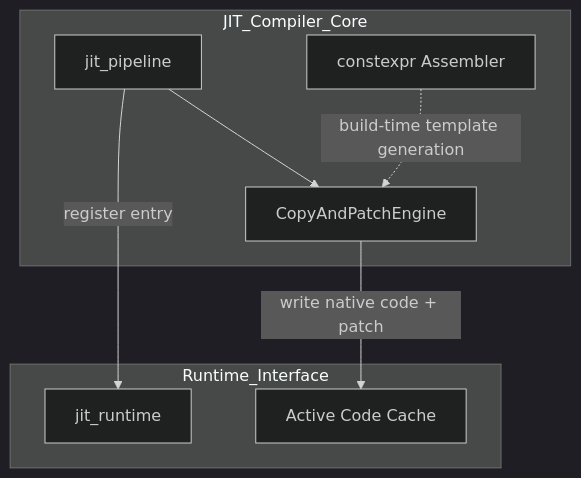
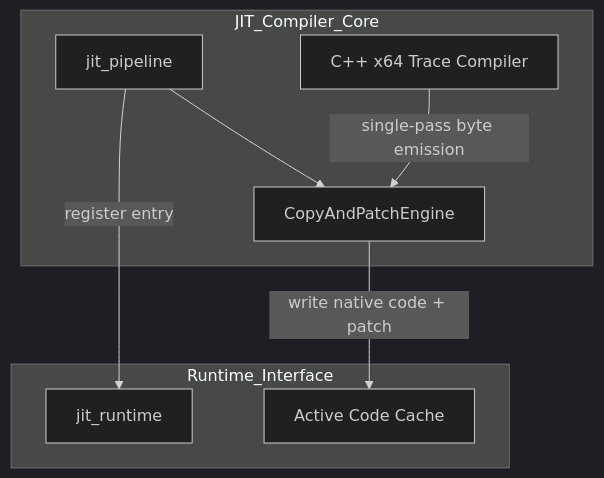
The first of 5 diagrams in docs/components/tier3_executer/jit_compiler.md (kmt-t/fireball), drawn with Mermaid (dark theme) before and after one commit. The commit also changed other lines of this file and 3 other files, not shown here.

Commit message:
Implement native x64 Copy-and-Patch JIT compiler

````diff
--- a/docs/components/tier3_executer/jit_compiler.md
+++ b/docs/components/tier3_executer/jit_compiler.md
@@ -34,18 +35,18 @@
 ```mermaid
 flowchart TD
     subgraph JIT_Compiler_Core
         Pipeline[jit_pipeline]
         Engine[CopyAndPatchEngine]
-        ConstAsm[constexpr Assembler]
+        NativeCompiler[C++ x64 Trace Compiler]
     end
 
     subgraph Runtime_Interface
         Runtime[jit_runtime]
         Cache[Active Code Cache]
     end
 
     Pipeline --> Engine
-    ConstAsm -.->|build-time template generation| Engine
+    NativeCompiler -->|single-pass byte emission| Engine
     Engine -->|write native code + patch| Cache
     Pipeline -->|register entry| Runtime
 ```
````
